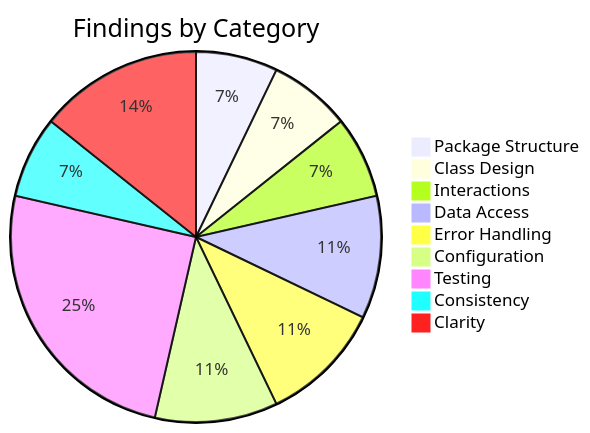
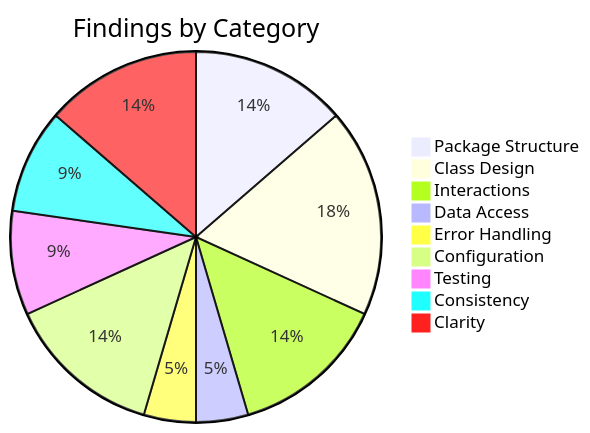
The second of 2 diagrams in reviews/boomerang-low-level-design-review.md (jacklvd/boomerang), drawn with Mermaid before and after one commit. The commit also changed other lines of this file and 4 other files, not shown here.

````diff
--- a/reviews/boomerang-low-level-design-review.md
+++ b/reviews/boomerang-low-level-design-review.md
@@ -415,12 +372,12 @@
 ```mermaid
 pie title Findings by Category
-    "Package Structure" : 2
-    "Class Design" : 2
-    "Interactions" : 2
-    "Data Access" : 3
-    "Error Handling" : 3
+    "Package Structure" : 3
+    "Class Design" : 4
+    "Interactions" : 3
+    "Data Access" : 1
+    "Error Handling" : 1
     "Configuration" : 3
-    "Testing" : 7
+    "Testing" : 2
     "Consistency" : 2
-    "Clarity" : 4
+    "Clarity" : 3
 ```
````
